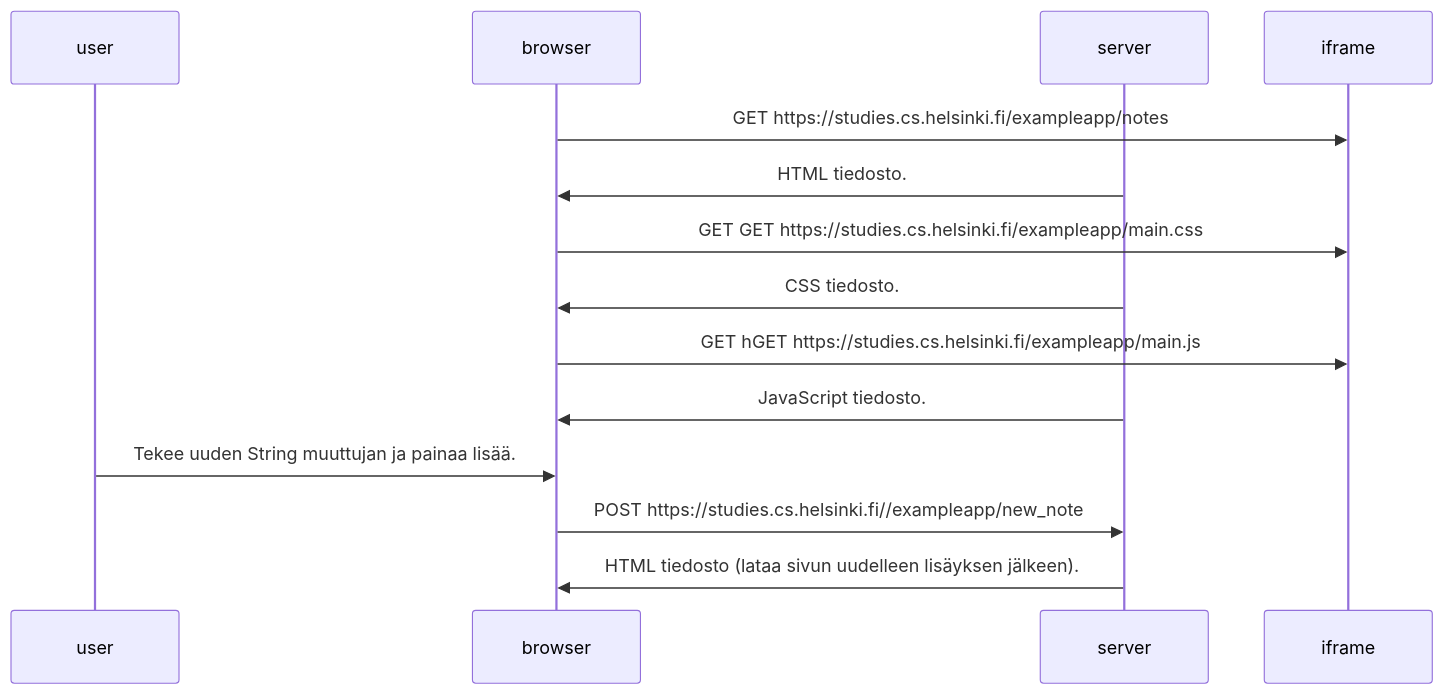
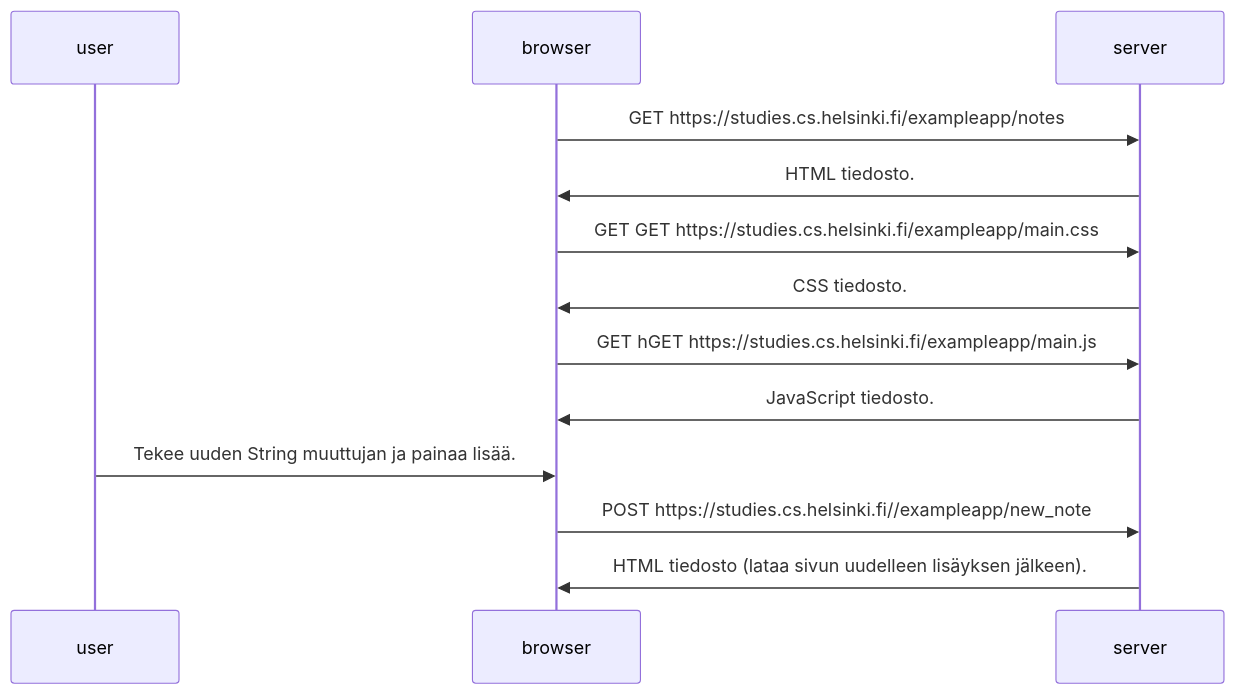
Before and after one commit to tailsUp/hyo_fullstack_kurssi: the diagram in viikko_0/tehtava_4.md, drawn with Mermaid.

Commit message:
Update tehtava_4.md
Poistettu iframe viittaukset.

````diff
--- a/viikko_0/tehtava_4.md
+++ b/viikko_0/tehtava_4.md
@@ -1,15 +1,15 @@
 ```mermaid
 sequenceDiagram
     participant user
     participant browser
     participant server
-    browser ->>iframe: GET https://studies.cs.helsinki.fi/exampleapp/notes
+    browser ->>server: GET https://studies.cs.helsinki.fi/exampleapp/notes
     server ->>browser: HTML tiedosto.
-    browser ->>iframe: GET GET https://studies.cs.helsinki.fi/exampleapp/main.css
+    browser ->>server: GET GET https://studies.cs.helsinki.fi/exampleapp/main.css
     server ->>browser: CSS tiedosto.
-    browser ->>iframe: GET hGET https://studies.cs.helsinki.fi/exampleapp/main.js
+    browser ->>server: GET hGET https://studies.cs.helsinki.fi/exampleapp/main.js
     server ->>browser: JavaScript tiedosto.
     user ->>browser: Tekee uuden String muuttujan ja painaa lisää.
     browser ->>server: POST https://studies.cs.helsinki.fi//exampleapp/new_note
     server ->>browser: HTML tiedosto (lataa sivun uudelleen lisäyksen jälkeen).
 ```
````
